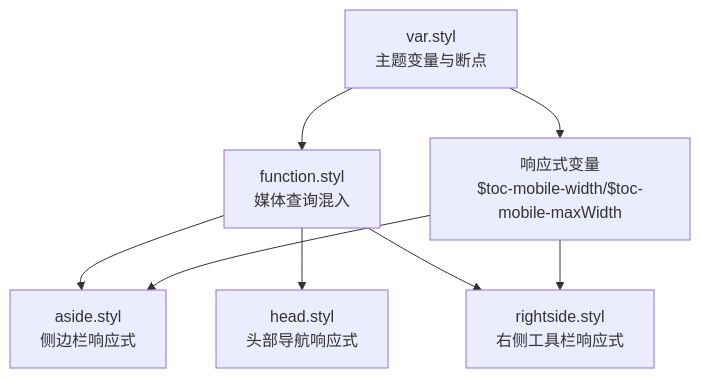
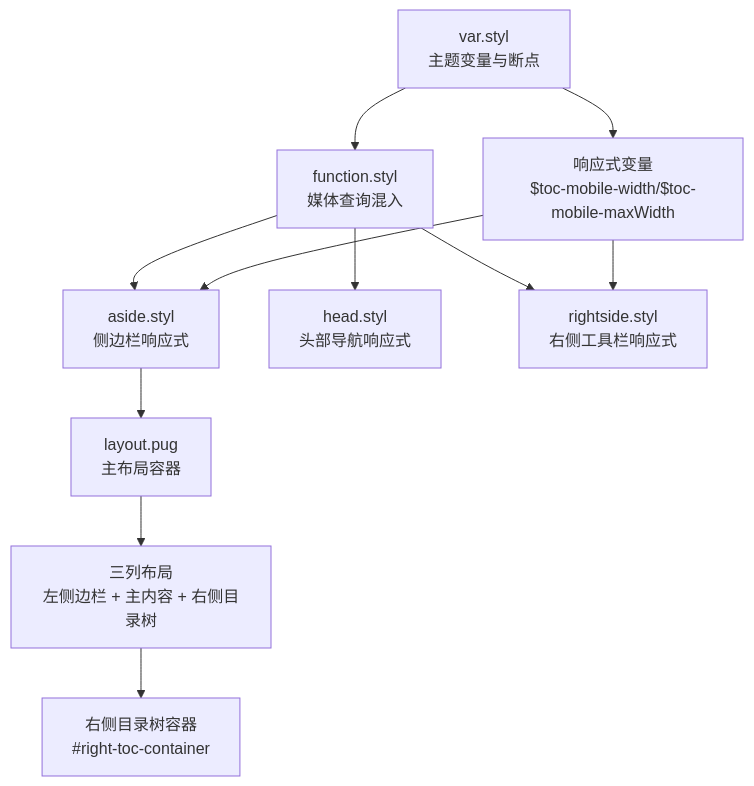
The second of 6 diagrams in .qoder/repowiki/zh/content/主题和样式系统/响应式设计实现.md (CoolPig0720/CoolPig0720.github.io), drawn with Mermaid before and after one commit. The commit also changed other lines of this file and 13 other files, not shown here.

````diff
--- a/.qoder/repowiki/zh/content/主题和样式系统/响应式设计实现.md
+++ b/.qoder/repowiki/zh/content/主题和样式系统/响应式设计实现.md
@@ -89,10 +99,13 @@
 ```mermaid
 graph TB
 T["var.styl<br/>主题变量与断点"] --> F["function.styl<br/>媒体查询混入"]
 T --> V["响应式变量<br/>$toc-mobile-width/$toc-mobile-maxWidth"]
 F --> A["aside.styl<br/>侧边栏响应式"]
 F --> H["head.styl<br/>头部导航响应式"]
 F --> R["rightside.styl<br/>右侧工具栏响应式"]
 V --> A
 V --> R
+A --> L["layout.pug<br/>主布局容器"]
+L --> T3["三列布局<br/>左侧边栏 + 主内容 + 右侧目录树"]
+T3 --> RT["右侧目录树容器<br/>#right-toc-container"]
 ```
````
